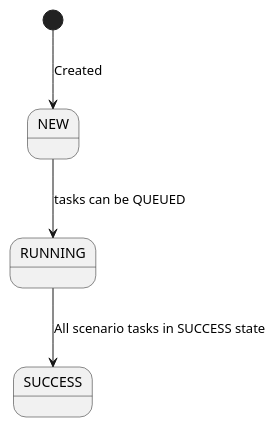
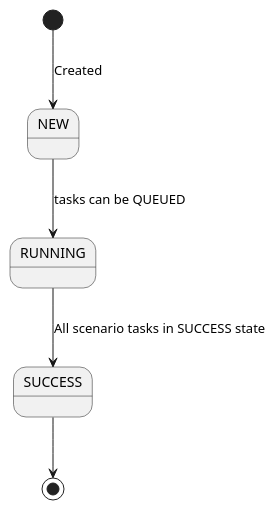
One commit to zaytsevdmitry/lakehouse changed the diagram in lakehouse-scheduler-svc/doc/scheduling/scenario_act_state_model.puml. Above: the diagram before and after it, drawn with PlantUML. The commit also changed 75 other files, not shown here.

```diff
--- a/lakehouse-scheduler-svc/doc/scheduling/scenario_act_state_model.puml
+++ b/lakehouse-scheduler-svc/doc/scheduling/scenario_act_state_model.puml
@@ -1,5 +1,6 @@
 @startuml 
 [*] --> NEW: Created
 NEW --> RUNNING: tasks can be QUEUED
 RUNNING --> SUCCESS: All scenario tasks in SUCCESS state
+SUCCESS --> [*]
 @enduml
```
